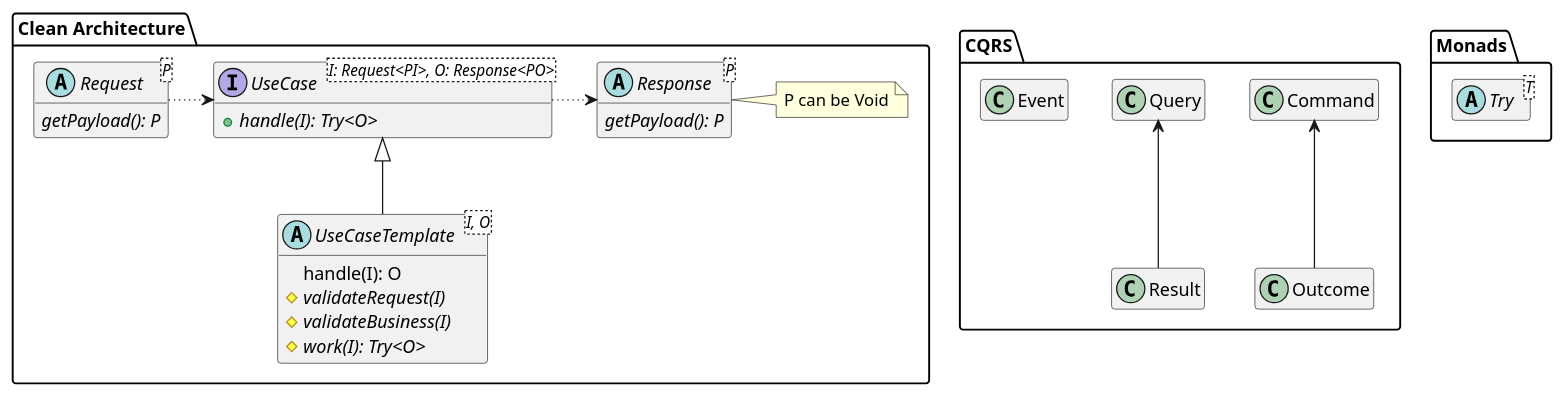
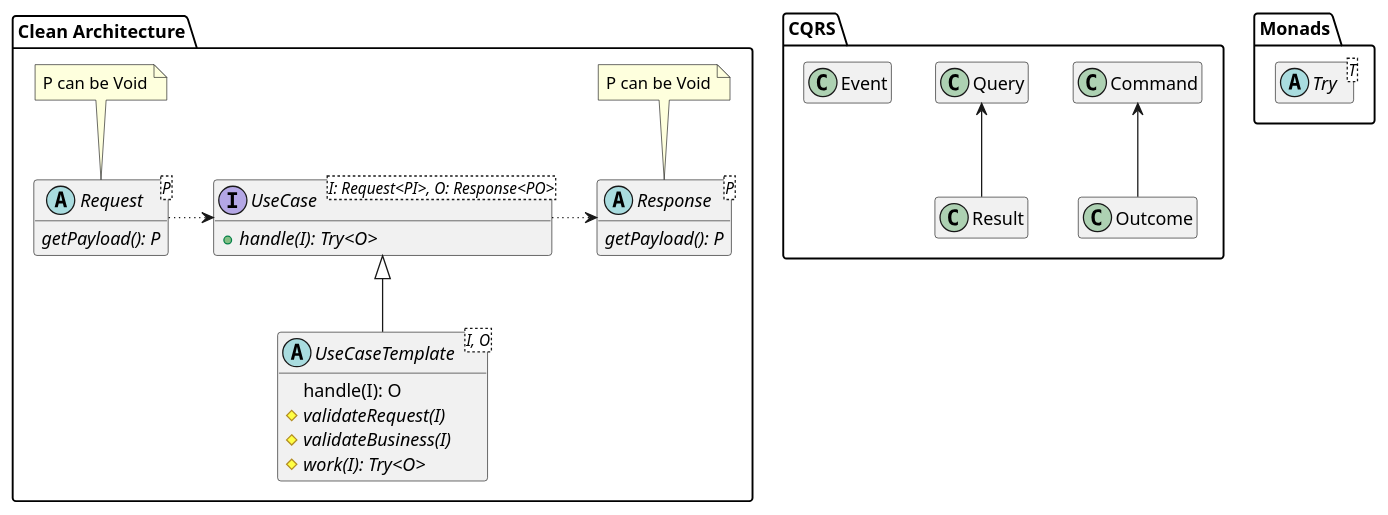
The diagram in doc/clean_arch.plantuml (lucaster/clean-architecture), drawn with PlantUML before and after one commit.

Commit message:
note on void

```diff
--- a/doc/clean_arch.plantuml
+++ b/doc/clean_arch.plantuml
@@ -1,39 +1,40 @@
 @startuml clean_arch
 hide empty members
 
 package CQRS {
   class Command
   class Query
   class Event
   Command <-- Outcome
   Query <-- Result
 }
 
 package "Clean Architecture" {
   abstract class Request<P> {
     {abstract} getPayload(): P
   }
   abstract class Response<P> {
     {abstract} getPayload(): P
   }
-  note right of Response : P can be Void
+  note top of Request : P can be Void
+  note top of Response : P can be Void
   interface UseCase<I: Request<PI>, O: Response<PO>> {
     {abstract} +handle(I): Try<O>
   }
   abstract class UseCaseTemplate<I, O> {
     handle(I): O
     {abstract} #validateRequest(I)
     {abstract} #validateBusiness(I)
     {abstract} #work(I): Try<O>
   }
   ' note bottom of UseCaseTemplate : handle() uses Try pattern
   UseCase <|-- UseCaseTemplate
 
   Request .[dotted]right.> UseCase
   UseCase .[dotted]right.> Response
 }
 package Monads {
   abstract class Try<T>
 }
 
 @enduml
```
